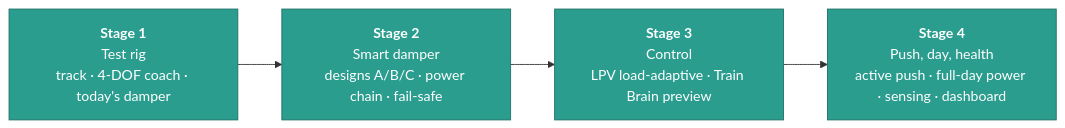
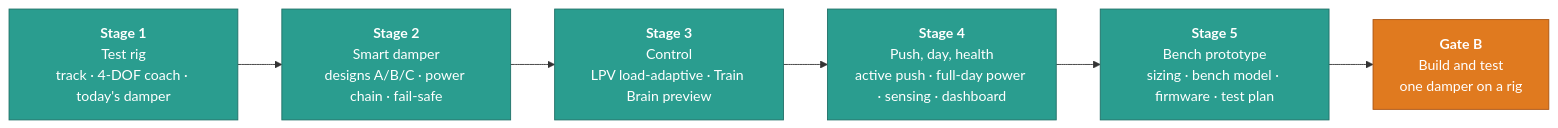
The second of 2 diagrams in README.md (Sangeeth0301/SwarmRide-Bharat), drawn with Mermaid before and after one commit.

Commit message:
docs(readme): add the bench prototype and Gate B to the stage flowchart

````diff
--- a/README.md
+++ b/README.md
@@ -149,12 +149,15 @@
 ```mermaid
 flowchart LR
     S1["<b>Stage 1</b><br/>Test rig<br/>track · 4-DOF coach · today's damper"]
     S2["<b>Stage 2</b><br/>Smart damper<br/>designs A/B/C · power chain · fail-safe"]
     S3["<b>Stage 3</b><br/>Control<br/>LPV load-adaptive · Train Brain preview"]
     S4["<b>Stage 4</b><br/>Push, day, health<br/>active push · full-day power · sensing · dashboard"]
-    S1 --> S2 --> S3 --> S4
+    S5["<b>Stage 5</b><br/>Bench prototype<br/>sizing · bench model · firmware · test plan"]
+    S6["<b>Gate B</b><br/>Build and test<br/>one damper on a rig"]
+    S1 --> S2 --> S3 --> S4 --> S5 --> S6
     classDef done fill:#2A9D8F,stroke:#1F6F66,color:#ffffff
     classDef now fill:#E07A1F,stroke:#A8520F,color:#ffffff
     classDef next fill:#EEF3FA,stroke:#9AA8BC,color:#13233A
-    class S1,S2,S3,S4 done
+    class S1,S2,S3,S4,S5 done
+    class S6 now
 ```
````
